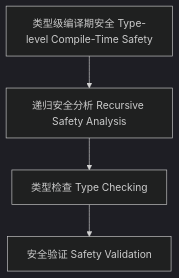
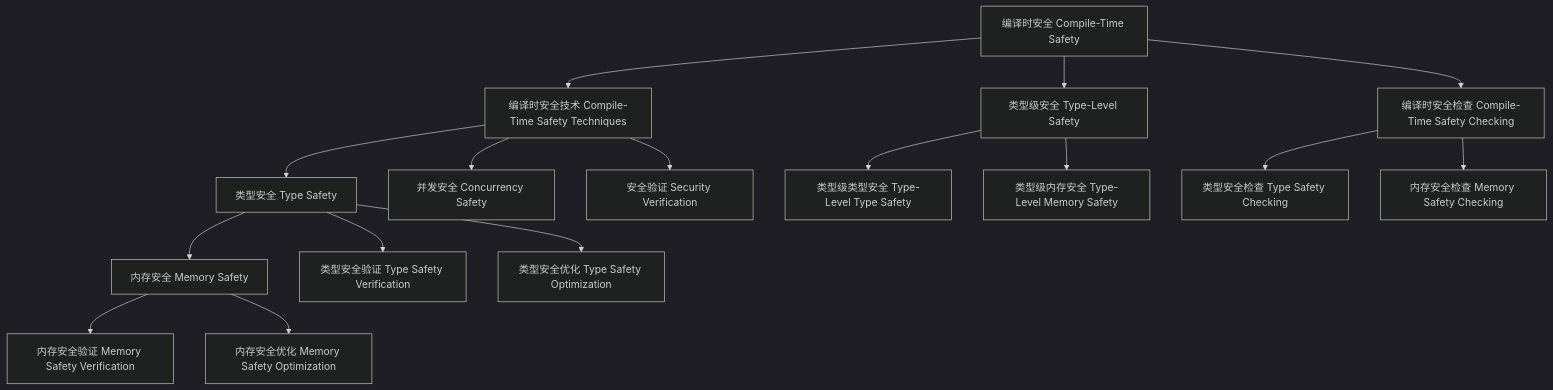
The diagram in docs/analysis/Type-Level/01-Compile-Time-Safety.md (AdaMartin18010/haskell), drawn with Mermaid (dark theme) before and after one commit. The commit also changed other lines of this file and 27 other files, not shown here.

````diff
--- a/docs/analysis/Type-Level/01-Compile-Time-Safety.md
+++ b/docs/analysis/Type-Level/01-Compile-Time-Safety.md
@@ -47,6 +543,23 @@
 ```mermaid
 graph TD
-  A["类型级编译期安全 Type-level Compile-Time Safety"] --> B["递归安全分析 Recursive Safety Analysis"]
-  B --> C["类型检查 Type Checking"]
-  C --> D["安全验证 Safety Validation"]
+  A["编译时安全 Compile-Time Safety"] --> B["编译时安全技术 Compile-Time Safety Techniques"]
+  B --> C["类型安全 Type Safety"]
+  C --> D["内存安全 Memory Safety"]
+  
+  A --> E["类型级安全 Type-Level Safety"]
+  E --> F["类型级类型安全 Type-Level Type Safety"]
+  E --> G["类型级内存安全 Type-Level Memory Safety"]
+  
+  A --> H["编译时安全检查 Compile-Time Safety Checking"]
+  H --> I["类型安全检查 Type Safety Checking"]
+  H --> J["内存安全检查 Memory Safety Checking"]
+  
+  B --> K["并发安全 Concurrency Safety"]
+  B --> L["安全验证 Security Verification"]
+  
+  C --> M["类型安全验证 Type Safety Verification"]
+  C --> N["类型安全优化 Type Safety Optimization"]
+  
+  D --> O["内存安全验证 Memory Safety Verification"]
+  D --> P["内存安全优化 Memory Safety Optimization"]
 ```
````
